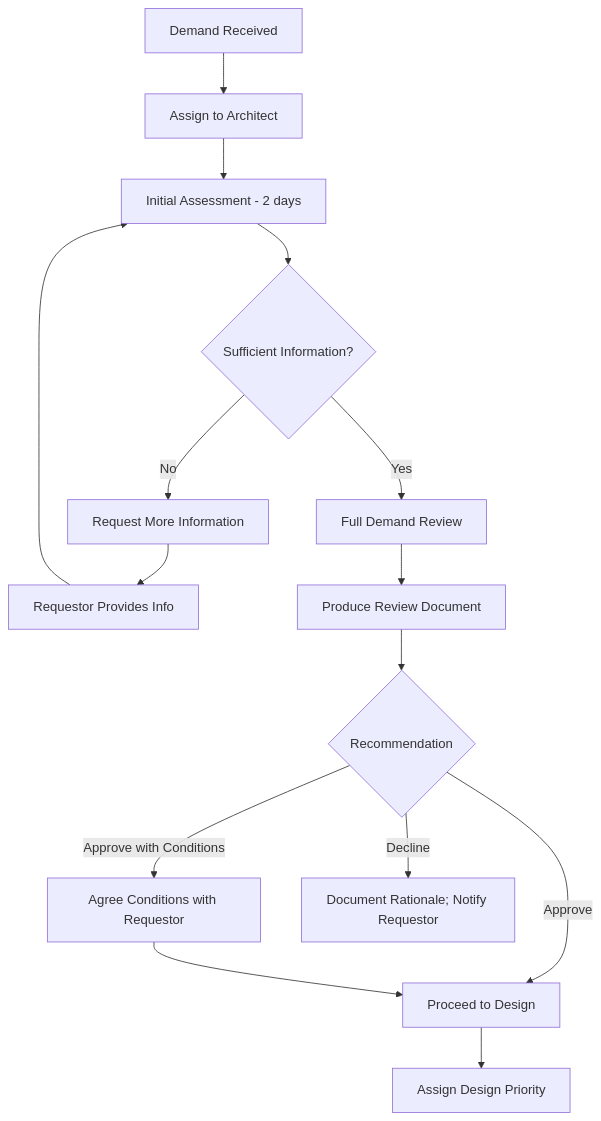
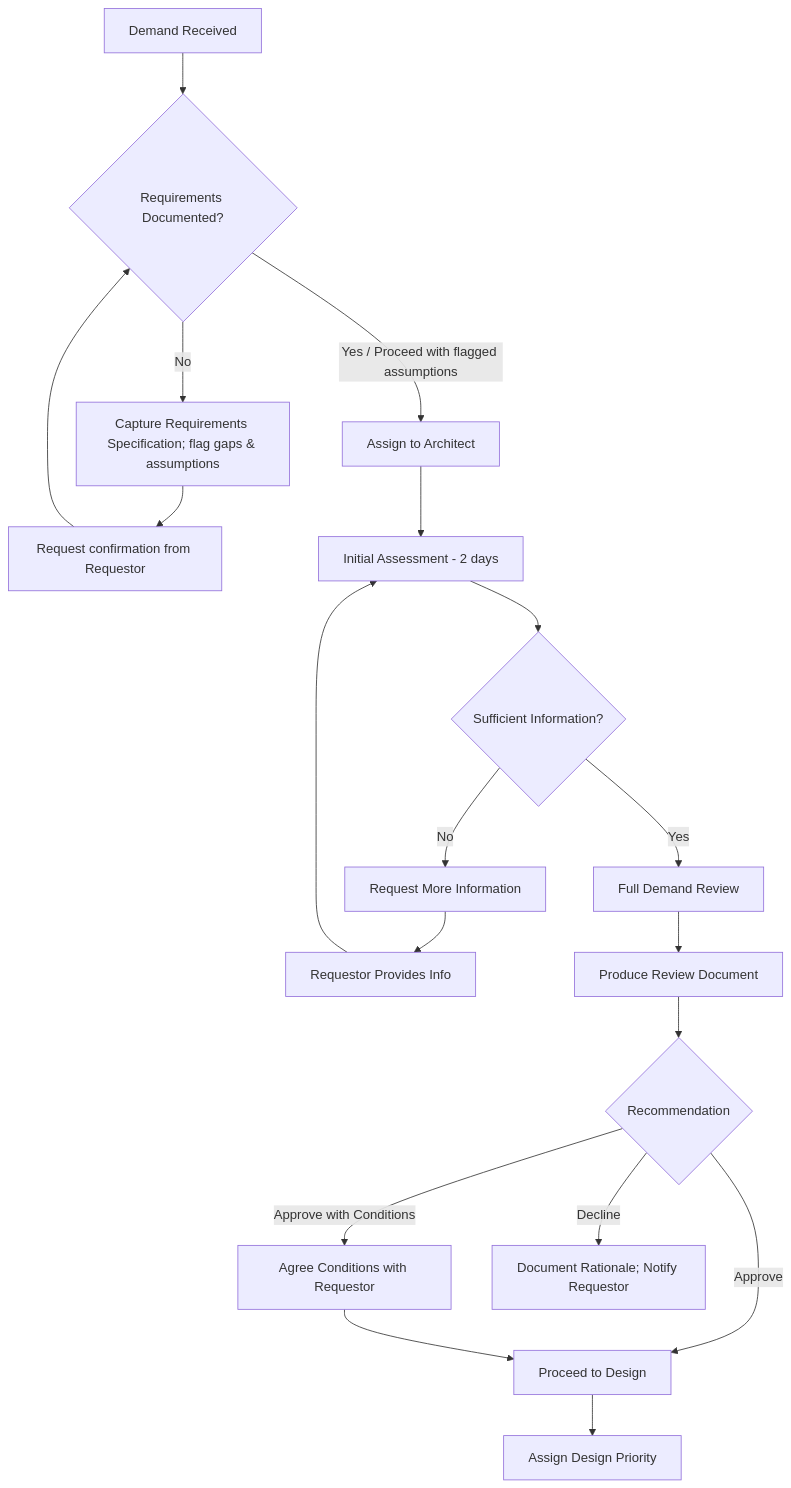
The diagram in .github/skills/decision-making/references/demand-review-checklist.md (MDowbiggin/_Atlas_AI_Architect_Agent), drawn with Mermaid before and after one commit. The commit also changed other lines of this file and 6 other files, not shown here.

````diff
--- a/.github/skills/decision-making/references/demand-review-checklist.md
+++ b/.github/skills/decision-making/references/demand-review-checklist.md
@@ -114,17 +135,21 @@
 ```mermaid
 graph TD
-    A[Demand Received] --> B[Assign to Architect]
+    A[Demand Received] --> R{Requirements Documented?}
+    R -->|No| R1[Capture Requirements Specification; flag gaps & assumptions]
+    R1 --> R2[Request confirmation from Requestor]
+    R2 --> R
+    R -->|Yes / Proceed with flagged assumptions| B[Assign to Architect]
     B --> C[Initial Assessment - 2 days]
     C --> D{Sufficient Information?}
     D -->|No| E[Request More Information]
     E --> F[Requestor Provides Info]
     F --> C
     D -->|Yes| G[Full Demand Review]
     G --> H[Produce Review Document]
     H --> I{Recommendation}
     I -->|Approve| J[Proceed to Design]
     I -->|Approve with Conditions| K[Agree Conditions with Requestor]
     K --> J
     I -->|Decline| L[Document Rationale; Notify Requestor]
     J --> M[Assign Design Priority]
 ```
````
